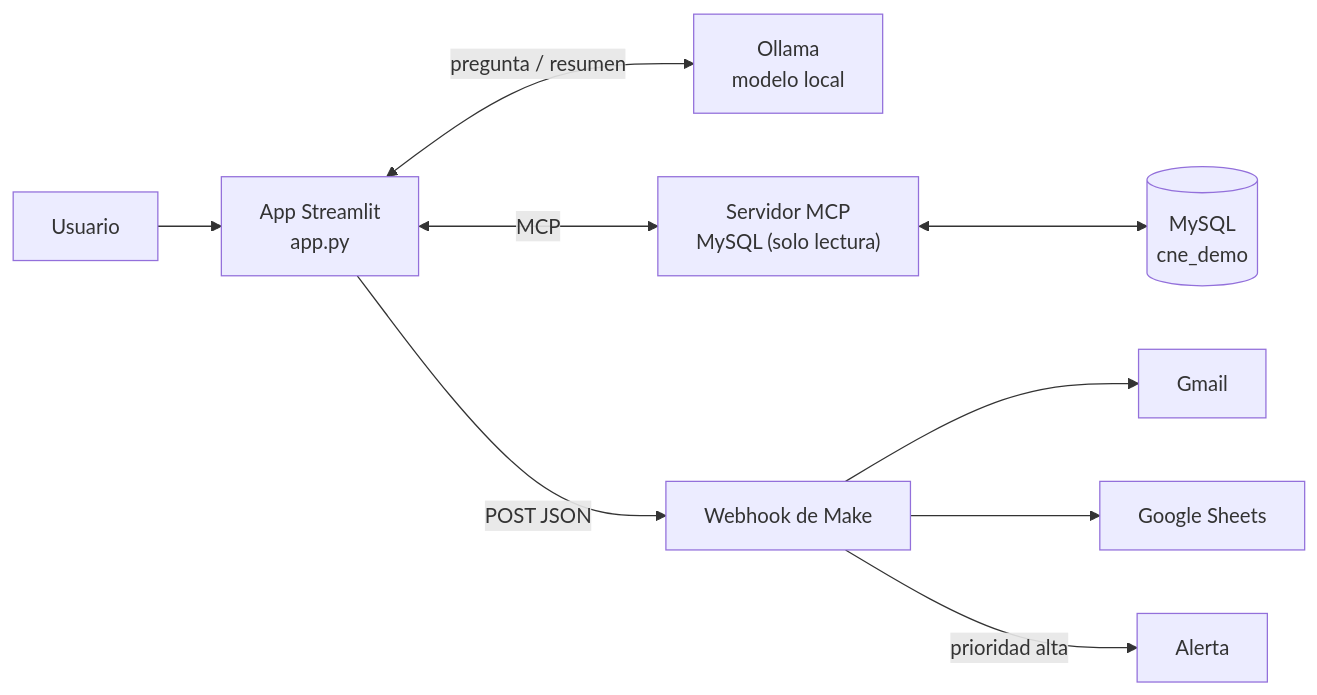
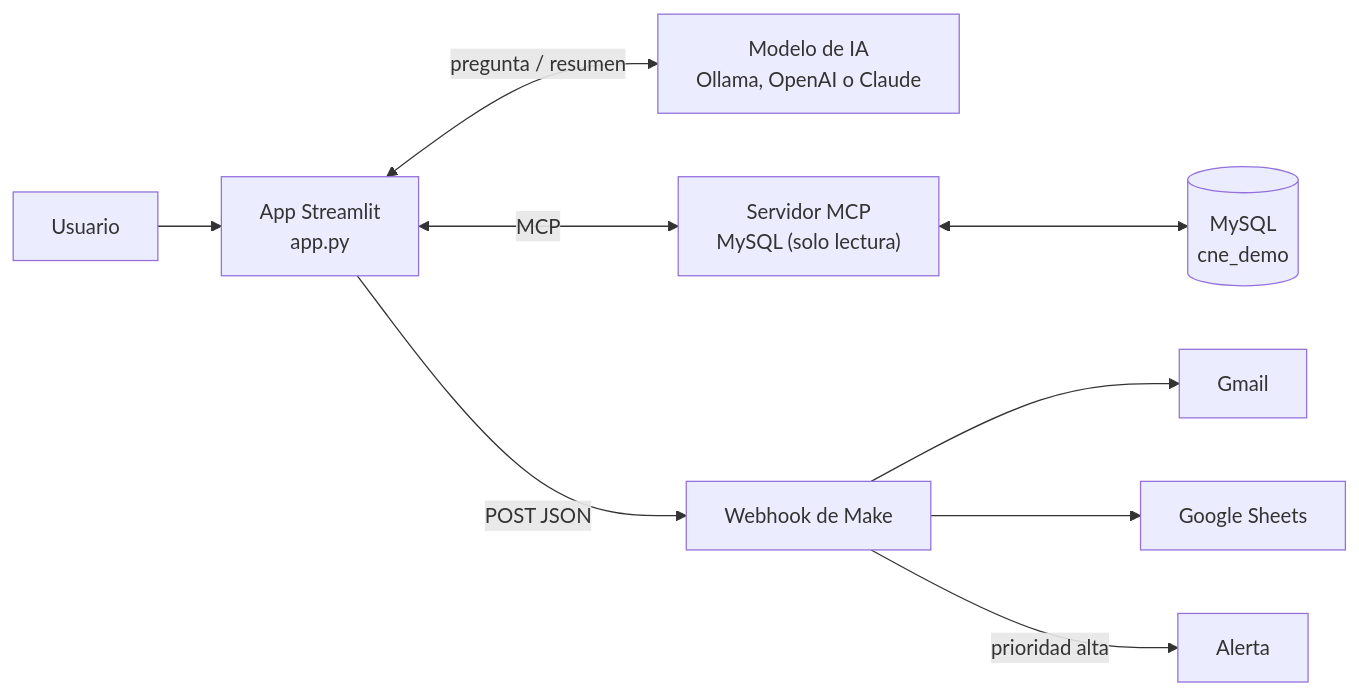
Before and after one commit to alejandroiasir/make-mcp-mysql-demo: the diagram in README.md, drawn with Mermaid. The commit also changed other lines of this file and 4 other files, not shown here.

First line of the commit message:
Permite elegir el modelo: Ollama, OpenAI (y compatibles) o Claude

````diff
--- a/README.md
+++ b/README.md
@@ -9,11 +11,11 @@
 ```mermaid
 flowchart LR
     U["Usuario"] --> App["App Streamlit<br/>app.py"]
-    App <-->|"pregunta / resumen"| IA["Ollama<br/>modelo local"]
+    App <-->|"pregunta / resumen"| IA["Modelo de IA<br/>Ollama, OpenAI o Claude"]
     App <-->|MCP| MCP["Servidor MCP<br/>MySQL (solo lectura)"]
     MCP <--> DB[("MySQL<br/>cne_demo")]
     App -->|"POST JSON"| Make["Webhook de Make"]
     Make --> G["Gmail"]
     Make --> S["Google Sheets"]
     Make -->|"prioridad alta"| A["Alerta"]
 ```
````
